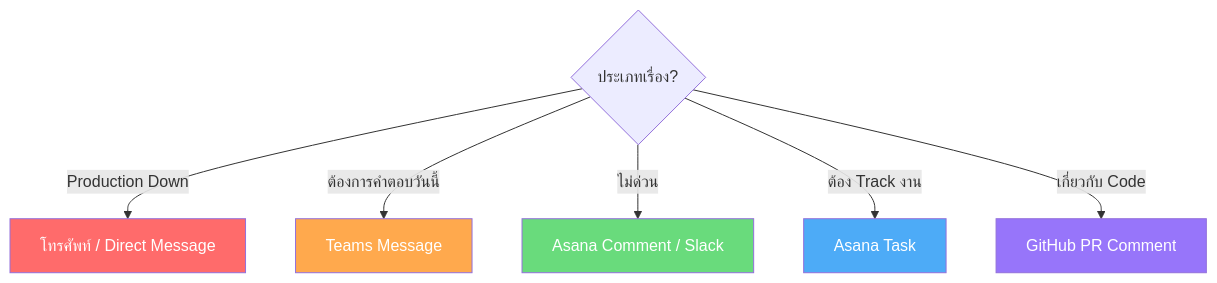
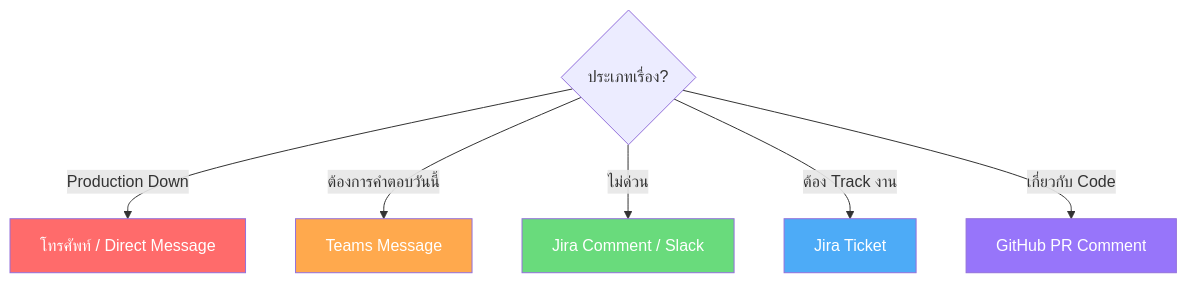
Before and after one commit to Siam-GS-Battery/agent-skill: the fourth of 4 diagrams in skill-sop-sdlc/ref/00_ONBOARDING/0.1_Welcome_Guide.md, drawn with Mermaid. The commit also changed other lines of this file and 6 other files, not shown here.

Commit message:
docs: replace all references to Asana with Jira in SDLC SOP

````diff
--- a/skill-sop-sdlc/ref/00_ONBOARDING/0.1_Welcome_Guide.md
+++ b/skill-sop-sdlc/ref/00_ONBOARDING/0.1_Welcome_Guide.md
@@ -282,16 +282,16 @@
 ```mermaid
 flowchart TD
     Start{ประเภทเรื่อง?}
 
     Start -->|Production Down| A[โทรศัพท์ / Direct Message]
     Start -->|ต้องการคำตอบวันนี้| B[ Teams Message]
-    Start -->|ไม่ด่วน| C[Asana Comment / Slack]
-    Start -->|ต้อง Track งาน| D[Asana Task]
+    Start -->|ไม่ด่วน| C[Jira Comment / Slack]
+    Start -->|ต้อง Track งาน| D[Jira Ticket]
     Start -->|เกี่ยวกับ Code| E[GitHub PR Comment]
 
     style A fill:#ff6b6b,color:#fff
     style B fill:#ffa94d,color:#fff
     style C fill:#69db7c,color:#fff
     style D fill:#4dabf7,color:#fff
     style E fill:#9775fa,color:#fff
 ```
````
